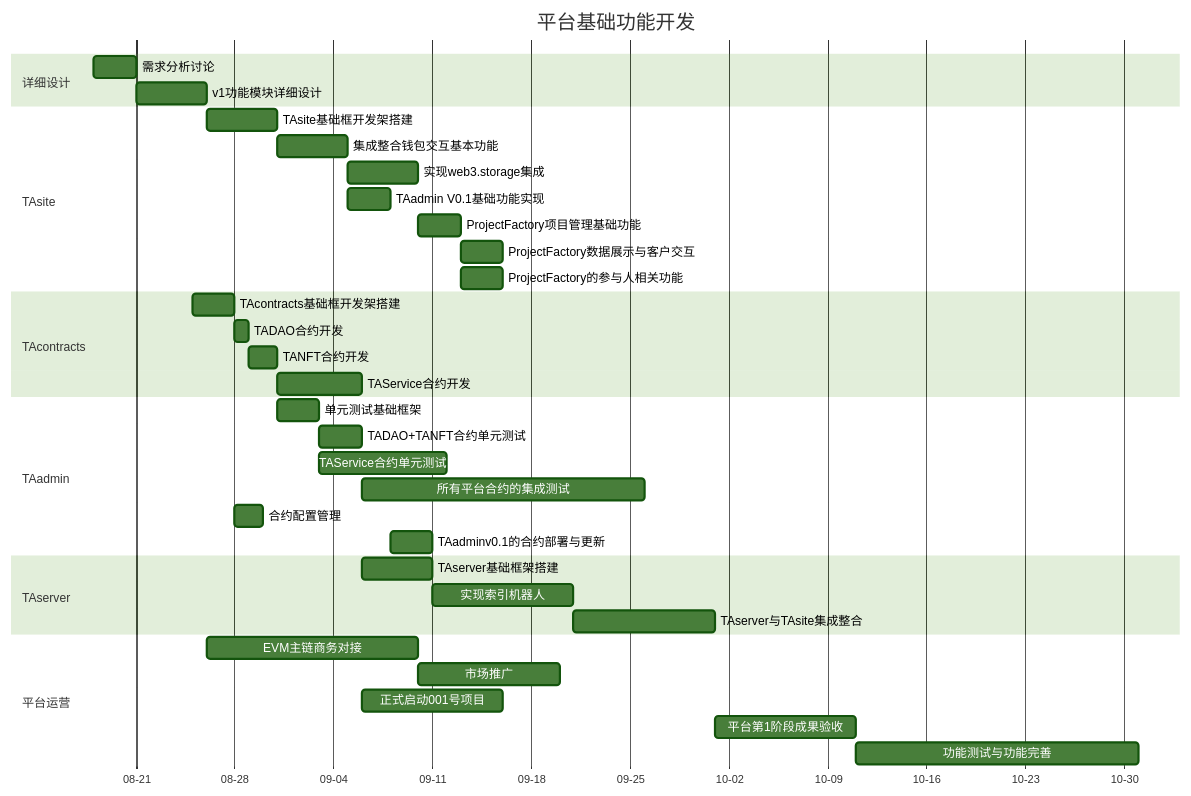
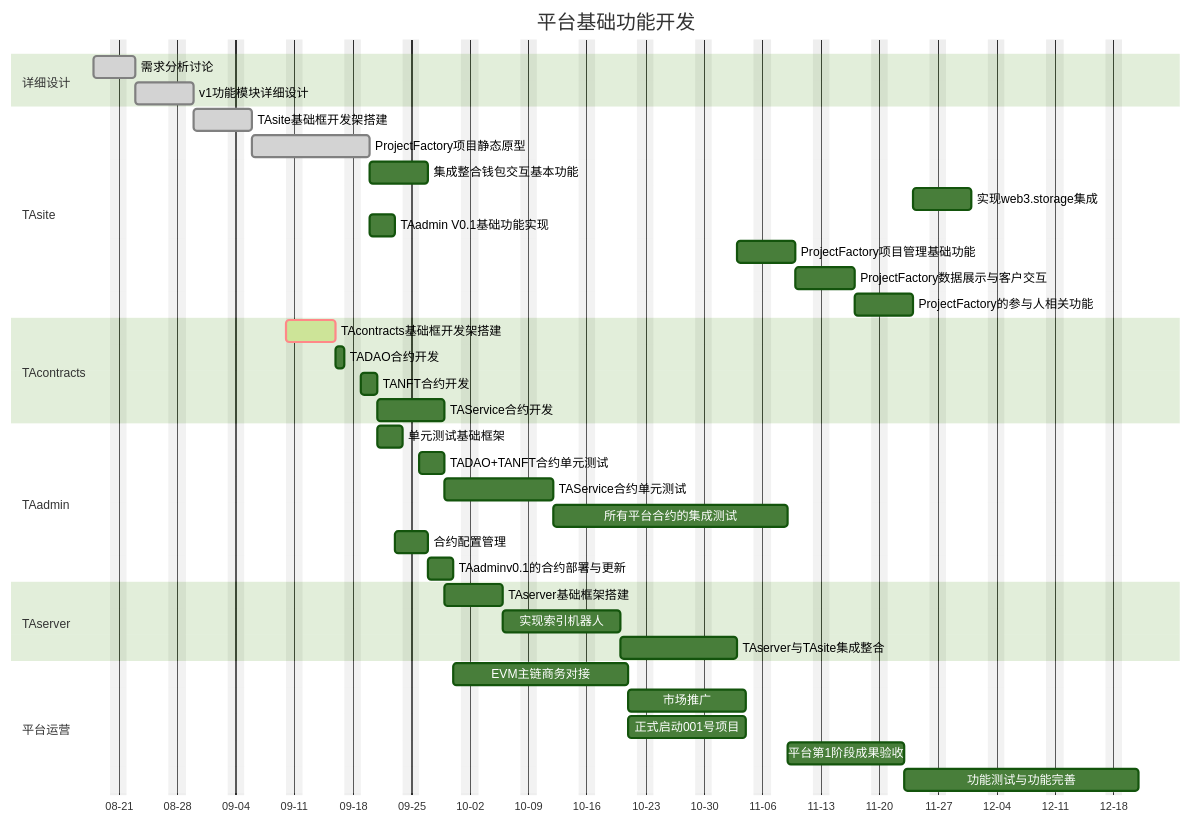
Before and after one commit to DataAgg/TokenAggDAO: the second of 3 diagrams in TokenAggDAO.md, drawn with Mermaid (forest theme). The commit also changed 3 other files, not shown here.

Commit message:
add task status on gantt

````diff
--- a/TokenAggDAO.md
+++ b/TokenAggDAO.md
@@ -269,38 +269,40 @@
 ```mermaid
 gantt
 	axisFormat  %m-%d
+	excludes weekends
 	title 平台基础功能开发
 	section 详细设计
-		需求分析讨论	:m2t1,	2022-08-18,	3d
-		v1功能模块详细设计	:m2t2,	after m2t1,	5d
+		需求分析讨论	:done, t01001,	2022-08-18,	3d
+		v1功能模块详细设计	:done, t01002,	after t01001,	5d
 	section TAsite
-		TAsite基础框开发架搭建	:m2t3,	after m2t2,	5d
-		集成整合钱包交互基本功能	:m2t4,	after m2t3,	5d
-		实现web3.storage集成	:m2t5,	after m2t4,	5d
-		TAadmin V0.1基础功能实现	:m2t6,	after m2t4,	3d
-		ProjectFactory项目管理基础功能	:m2t7,	after m2t5,	3d
-		ProjectFactory数据展示与客户交互	:m2t8,	after m2t7,	3d
-		ProjectFactory的参与人相关功能	:m2t9,	after m2t7,	3d
+		TAsite基础框开发架搭建	:done, t02001,	after t01002,	5d
+		ProjectFactory项目静态原型	:done, t02002,	after t02001,	10d
+		集成整合钱包交互基本功能	:t02003,	after t02002,	5d
+		实现web3.storage集成	:t02004,	after t02008,	5d
+		TAadmin V0.1基础功能实现	:t02005,	after t02002,	3d
+		ProjectFactory项目管理基础功能	:t02006,	after t05003,	5d
+		ProjectFactory数据展示与客户交互	:t02007,	after t02006,	5d
+		ProjectFactory的参与人相关功能	:t02008,	after t02007,	5d
 	section TAcontracts
-		TAcontracts基础框开发架搭建	:m2t10,	2022-08-25,	3d
-		TADAO合约开发	:m2t11,	after m2t10,	1d
-		TANFT合约开发	:m2t12,	after m2t11,	2d
-		TAService合约开发	:m2t13,	after m2t12,	6d
+		TAcontracts基础框开发架搭建	:crit, active, t03001,	2022-09-10,	5d
+		TADAO合约开发	:t03002,	after t03001,	1d
+		TANFT合约开发	:t03003,	after t03002,	2d
+		TAService合约开发	:t03004,	after t03003,	6d
 	section TAadmin
-		单元测试基础框架	:m2t14,	after m2t3,	3d
-		TADAO+TANFT合约单元测试	:m2t15,	after m2t14,	3d
-		TAService合约单元测试	:m2t16,	after m2t14,	9d
-		所有平台合约的集成测试	:m2t17,	after m2t13,	20d
-		合约配置管理	:m2t18,	after m2t10,	2d
-		TAadminv0.1的合约部署与更新	:m2t19,	after m2t6,	3d
+		单元测试基础框架	:t04001,	after t03003,	3d
+		TADAO+TANFT合约单元测试	:t04002,	after t04001,	3d
+		TAService合约单元测试	:t04003,	after t04002,	9d
+		所有平台合约的集成测试	:t04004,	after t04003,	20d
+		合约配置管理	:t04005,	after t02005,	2d
+		TAadminv0.1的合约部署与更新	:t04006,	after t04005,	3d
 	section TAserver
-		TAserver基础框架搭建	:m2t20,	after m2t13,	5d
-		实现索引机器人	:m2t21,	after m2t20,	10d
-		TAserver与TAsite集成整合	:m2t22,	after m2t21,	10d
+		TAserver基础框架搭建	:t05001,	after t03004,	5d
+		实现索引机器人	:t05002,	after t05001,	10d
+		TAserver与TAsite集成整合	:t05003,	after t05002,	10d
 	section 平台运营
-		EVM主链商务对接	:m2t23,	after m2t2,	15d
-		市场推广	:m2t24,	after m2t23,	10d
-		正式启动001号项目	:m2t25,	after m2t13,	10d
-		平台第1阶段成果验收	:m2t26,	after m2t22,	10d
-		功能测试与功能完善	:m2t27,	after m2t26,	20d
+		EVM主链商务对接	:t06001,	after t04006,	15d
+		市场推广	:t06002,	after t06001,	10d
+		正式启动001号项目	:t06003,	after t06001,	10d
+		平台第1阶段成果验收	:t06004,	after t04004,	10d
+		功能测试与功能完善	:t06005,	after t06004,	20d
 ```
````
